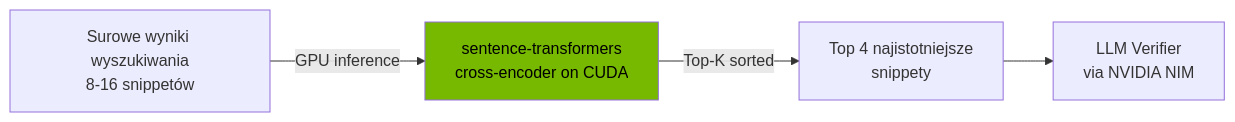
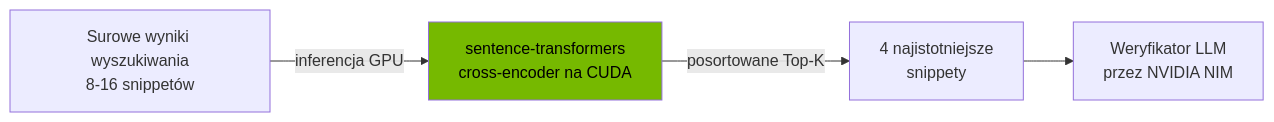
The fourth of 6 diagrams in README.md (a906630/AtosNvidiaHackathon2k26), drawn with Mermaid before and after one commit. The commit also changed other lines of this file, not shown here.

````diff
--- a/README.md
+++ b/README.md
@@ -160,8 +160,8 @@
 ```mermaid
 graph LR
-    RAW[Surowe wyniki wyszukiwania<br/>8-16 snippetów] -->|GPU inference| RERANKER[sentence-transformers<br/>cross-encoder on CUDA]
-    RERANKER -->|Top-K sorted| TOP[Top 4 najistotniejsze<br/>snippety]
-    TOP --> LLM[LLM Verifier<br/>via NVIDIA NIM]
+    RAW[Surowe wyniki wyszukiwania<br/>8-16 snippetów] -->|inferencja GPU| RERANKER[sentence-transformers<br/>cross-encoder na CUDA]
+    RERANKER -->|posortowane Top-K| TOP[4 najistotniejsze<br/>snippety]
+    TOP --> LLM[Weryfikator LLM<br/>przez NVIDIA NIM]
 
     style RERANKER fill:#76b900,color:#000
 ```
````
